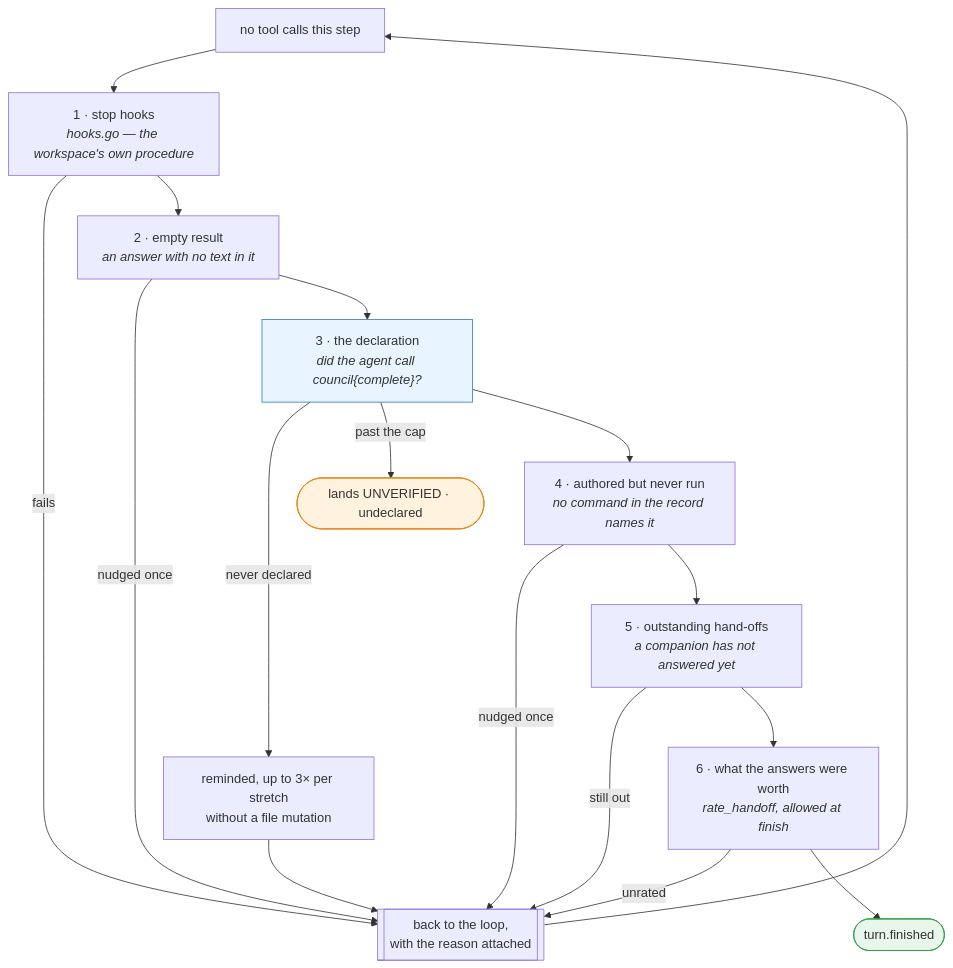
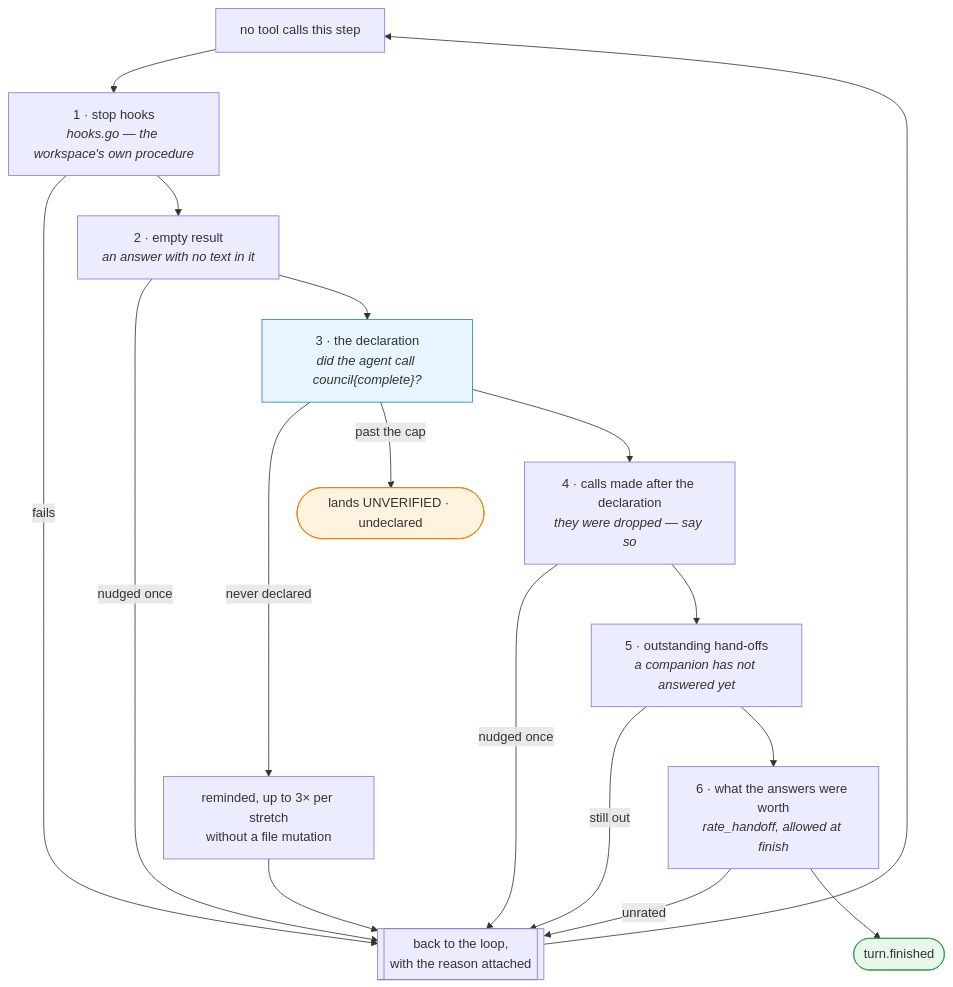
Before and after one commit to sayaya1090/magi: the fifth of 6 diagrams in docs/ARCHITECTURE.md, drawn with Mermaid. The commit also changed other lines of this file and 6 other files, not shown here.

````diff
--- a/docs/ARCHITECTURE.md
+++ b/docs/ARCHITECTURE.md
@@ -577,23 +584,23 @@
 ```mermaid
 flowchart TD
     Z[no tool calls this step] --> H1["1 · stop hooks<br/><i>hooks.go — the workspace's own procedure</i>"]
     H1 -->|fails| BACK[["back to the loop,<br/>with the reason attached"]]
     H1 --> H2["2 · empty result<br/><i>an answer with no text in it</i>"]
     H2 -->|nudged once| BACK
     H2 --> H3["3 · the declaration<br/><i>did the agent call council{complete}?</i>"]
     H3 -->|never declared| REM["reminded, up to 3× per stretch<br/>without a file mutation"]
     REM --> BACK
     H3 -->|past the cap| UNV([lands UNVERIFIED · undeclared])
-    H3 --> H4["4 · authored but never run<br/><i>no command in the record names it</i>"]
+    H3 --> H4["4 · calls made after the declaration<br/><i>they were dropped — say so</i>"]
     H4 -->|nudged once| BACK
     H4 --> H5["5 · outstanding hand-offs<br/><i>a companion has not answered yet</i>"]
     H5 -->|still out| BACK
     H5 --> H6["6 · what the answers were worth<br/><i>rate_handoff, allowed at finish</i>"]
     H6 -->|unrated| BACK
     H6 --> END([turn.finished])
     BACK --> Z
 
     style END fill:#e8f6ec,stroke:#2f9e44
     style UNV fill:#fff3e0,stroke:#e8820c
     style H3 fill:#e8f4ff,stroke:#2c7fb8
 ```
````
